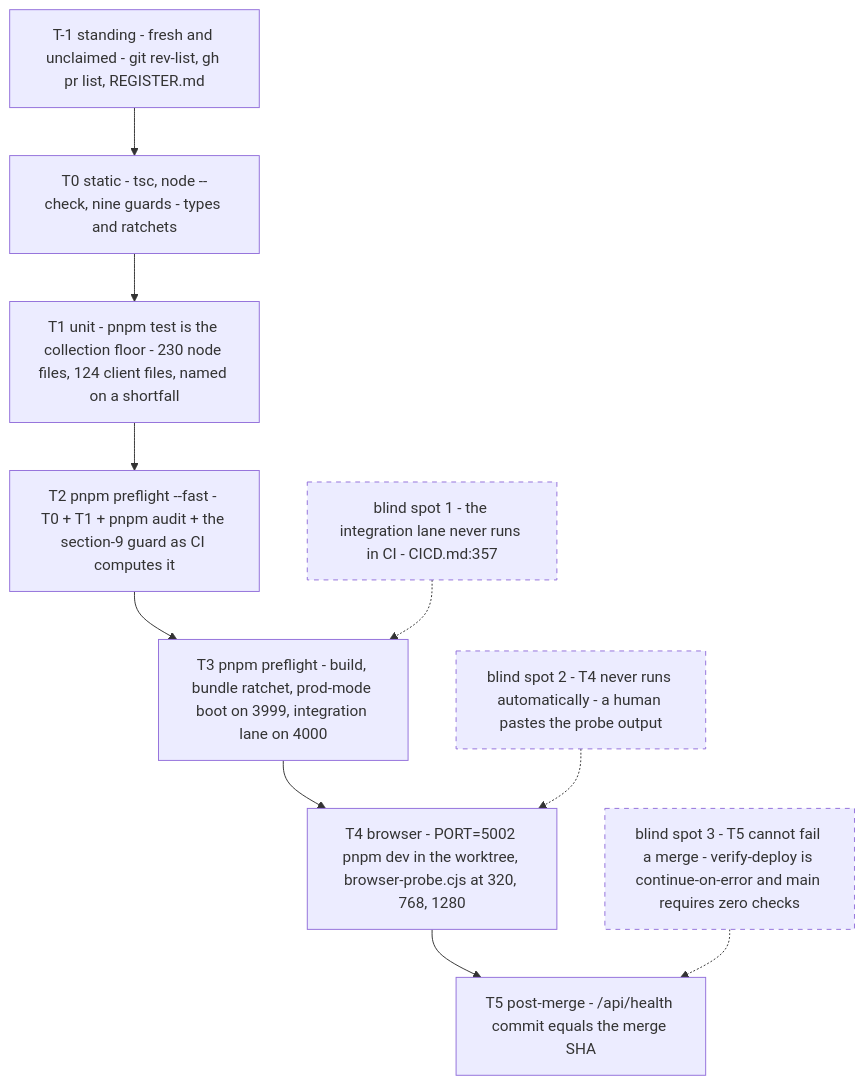
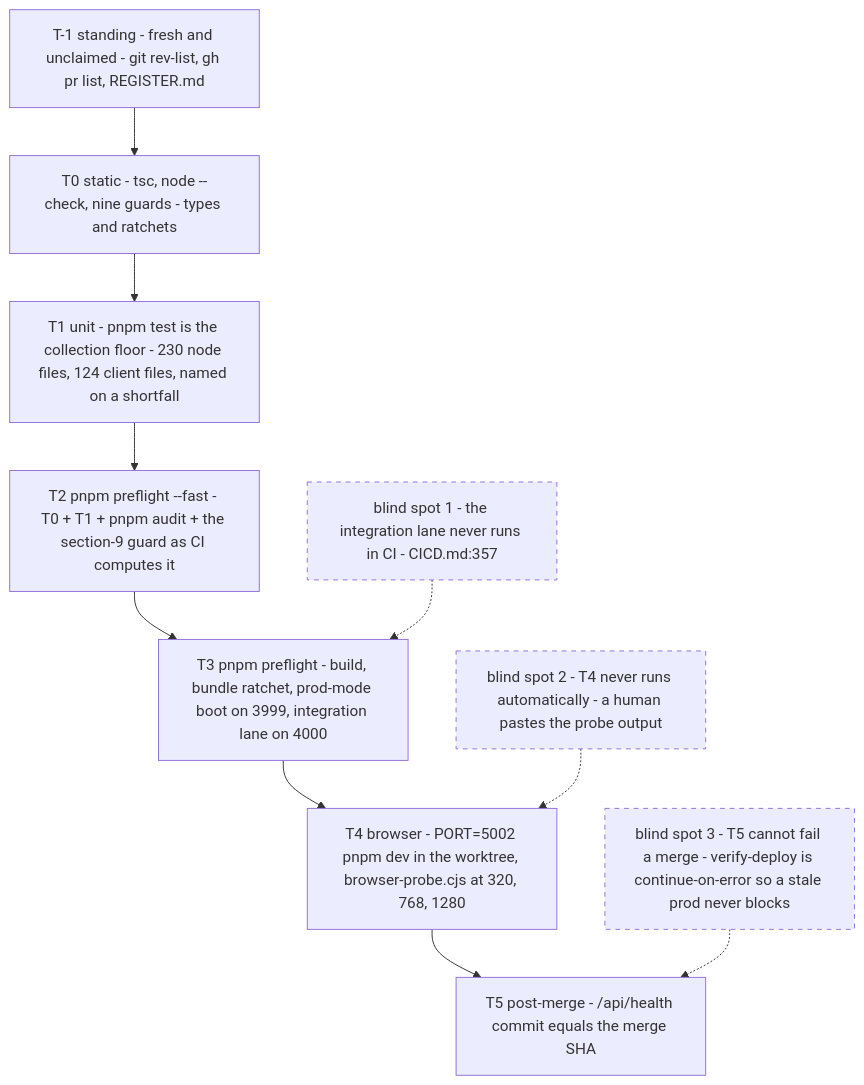
Before and after one commit to barakatammre84/Homiquity: the diagram in knowledge-base/handoff/12-loop-safe-build-playbook.md, drawn with Mermaid. The commit also changed other lines of this file and 6 other files, not shown here.

````diff
--- a/knowledge-base/handoff/12-loop-safe-build-playbook.md
+++ b/knowledge-base/handoff/12-loop-safe-build-playbook.md
@@ -67,15 +71,15 @@
 ```mermaid
 flowchart TD
   Tm1["T-1 standing - fresh and unclaimed - git rev-list, gh pr list, REGISTER.md"]
   T0["T0 static - tsc, node --check, nine guards - types and ratchets"]
   T1["T1 unit - pnpm test is the collection floor - 230 node files, 124 client files, named on a shortfall"]
   T2["T2 pnpm preflight --fast - T0 + T1 + pnpm audit + the section-9 guard as CI computes it"]
   T3["T3 pnpm preflight - build, bundle ratchet, prod-mode boot on 3999, integration lane on 4000"]
   T4["T4 browser - PORT=5002 pnpm dev in the worktree, browser-probe.cjs at 320, 768, 1280"]
   T5["T5 post-merge - /api/health commit equals the merge SHA"]
   Tm1 --> T0 --> T1 --> T2 --> T3 --> T4 --> T5
   B1["blind spot 1 - the integration lane never runs in CI - CICD.md:357"]:::blind -.-> T3
   B2["blind spot 2 - T4 never runs automatically - a human pastes the probe output"]:::blind -.-> T4
-  B3["blind spot 3 - T5 cannot fail a merge - verify-deploy is continue-on-error and main requires zero checks"]:::blind -.-> T5
+  B3["blind spot 3 - T5 cannot fail a merge - verify-deploy is continue-on-error so a stale prod never blocks"]:::blind -.-> T5
   classDef blind stroke-dasharray: 5 5
 ```
````
